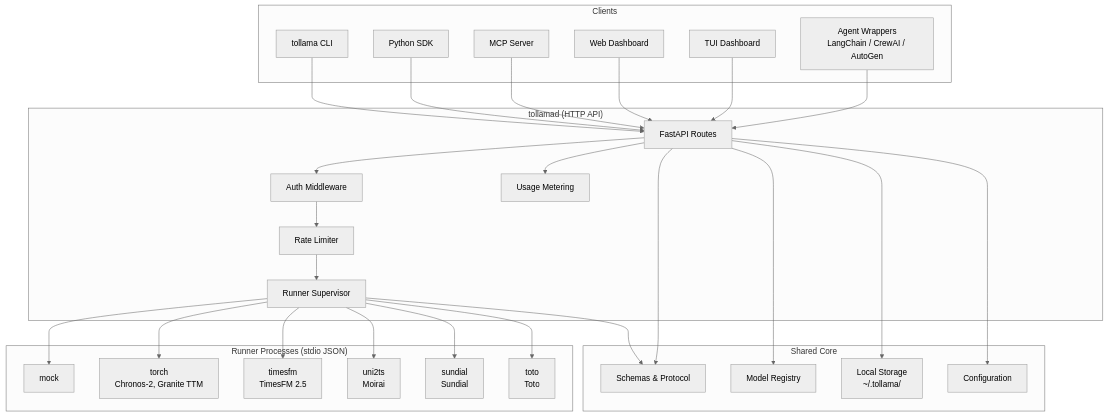
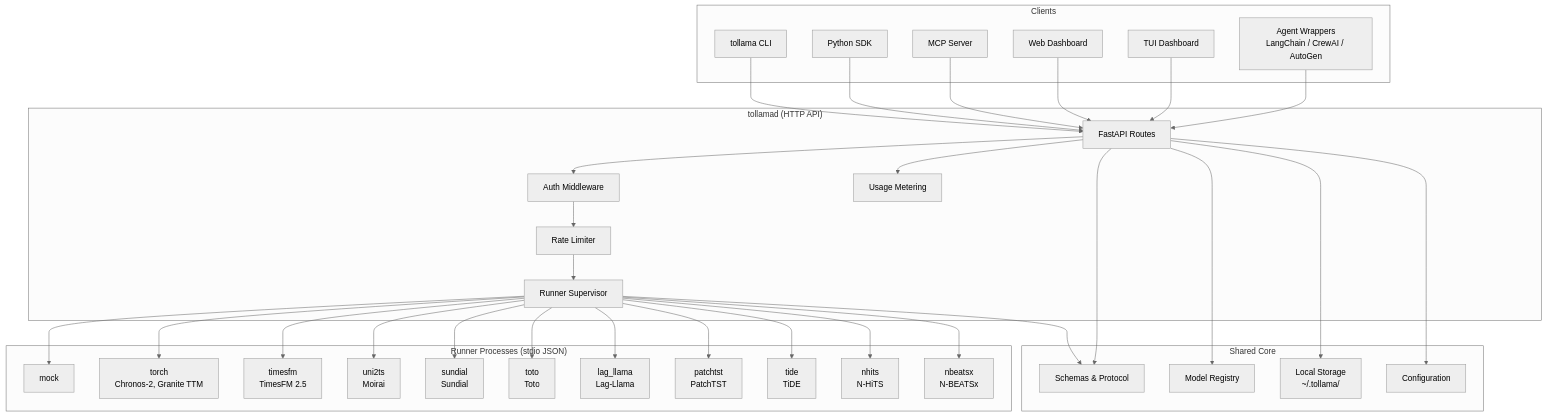
One commit to tollama/tollama changed the first of 2 diagrams in docs/architecture.md. Above: the diagram before and after it, drawn with Mermaid (neutral theme). The commit also changed 3 other files, not shown here.

````diff
--- a/docs/architecture.md
+++ b/docs/architecture.md
@@ -12,60 +12,70 @@
 ```mermaid
 graph TD
     subgraph Clients
         CLI[tollama CLI]
         SDK[Python SDK]
         MCP[MCP Server]
         DASH[Web Dashboard]
         TUI[TUI Dashboard]
         AGENT[Agent Wrappers<br/>LangChain / CrewAI / AutoGen]
     end
 
     subgraph Daemon ["tollamad (HTTP API)"]
         ROUTES[FastAPI Routes]
         AUTH[Auth Middleware]
         RATE[Rate Limiter]
         METER[Usage Metering]
         SUPER[Runner Supervisor]
     end
 
     subgraph Runners ["Runner Processes (stdio JSON)"]
         MOCK[mock]
         TORCH[torch<br/>Chronos-2, Granite TTM]
         TIMESFM[timesfm<br/>TimesFM 2.5]
         UNI2TS[uni2ts<br/>Moirai]
         SUNDIAL[sundial<br/>Sundial]
         TOTO[toto<br/>Toto]
+        LAG_LLAMA[lag_llama<br/>Lag-Llama]
+        PATCHTST[patchtst<br/>PatchTST]
+        TIDE[tide<br/>TiDE]
+        NHITS[nhits<br/>N-HiTS]
+        NBEATSX[nbeatsx<br/>N-BEATSx]
     end
 
     subgraph Core ["Shared Core"]
         SCHEMAS[Schemas & Protocol]
         REGISTRY[Model Registry]
         STORAGE[Local Storage<br/>~/.tollama/]
         CONFIG[Configuration]
     end
 
     CLI --> ROUTES
     SDK --> ROUTES
     MCP --> ROUTES
     DASH --> ROUTES
     TUI --> ROUTES
     AGENT --> ROUTES
 
     ROUTES --> AUTH
     AUTH --> RATE
     RATE --> SUPER
     ROUTES --> METER
 
     SUPER --> MOCK
     SUPER --> TORCH
     SUPER --> TIMESFM
     SUPER --> UNI2TS
     SUPER --> SUNDIAL
     SUPER --> TOTO
+    SUPER --> LAG_LLAMA
+    SUPER --> PATCHTST
+    SUPER --> TIDE
+    SUPER --> NHITS
+    SUPER --> NBEATSX
 
     ROUTES --> SCHEMAS
     SUPER --> SCHEMAS
     ROUTES --> REGISTRY
     ROUTES --> STORAGE
     ROUTES --> CONFIG
 ```
````
